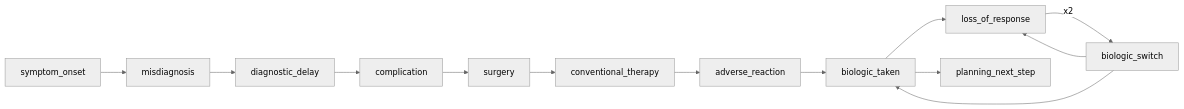
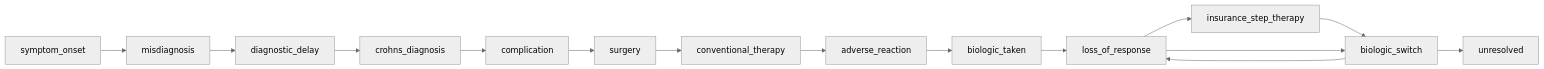
Before and after one commit to carecodeconnect/crohnicity: the sixth of 50 diagrams in docs/referral_pathways.md, drawn with Mermaid. The commit also changed other lines of this file and 136 other files, not shown here.

````diff
--- a/docs/referral_pathways.md
+++ b/docs/referral_pathways.md
@@ -192,27 +210,31 @@
 ``` mermaid
 %%{init: {'theme':'neutral'}}%%
 flowchart LR
     n0["symptom_onset"]
     n1["misdiagnosis"]
     n2["diagnostic_delay"]
-    n3["complication"]
-    n4["surgery"]
-    n5["conventional_therapy"]
-    n6["adverse_reaction"]
-    n7["biologic_taken"]
-    n8["loss_of_response"]
-    n9["biologic_switch"]
-    n10["planning_next_step"]
+    n3["crohns_diagnosis"]
+    n4["complication"]
+    n5["surgery"]
+    n6["conventional_therapy"]
+    n7["adverse_reaction"]
+    n8["biologic_taken"]
+    n9["loss_of_response"]
+    n10["insurance_step_therapy"]
+    n11["biologic_switch"]
+    n12["unresolved"]
     n0 -->n1
     n1 -->n2
     n2 -->n3
     n3 -->n4
     n4 -->n5
     n5 -->n6
     n6 -->n7
     n7 -->n8
-    n8 -->|x2| n9
-    n9 -->n8
-    n9 -->n7
-    n7 -->n10
+    n8 -->n9
+    n9 -->n10
+    n10 -->n11
+    n11 -->n9
+    n9 -->n11
+    n11 -->n12
 ```
````
